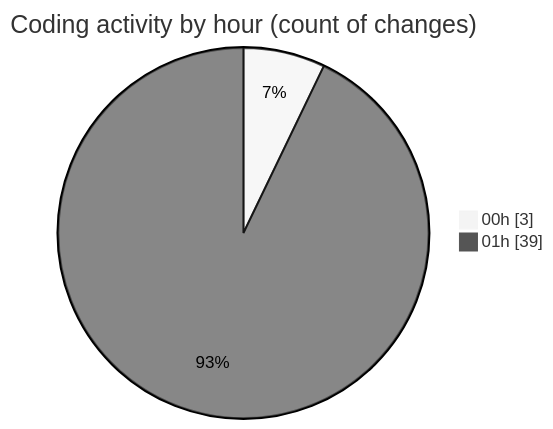
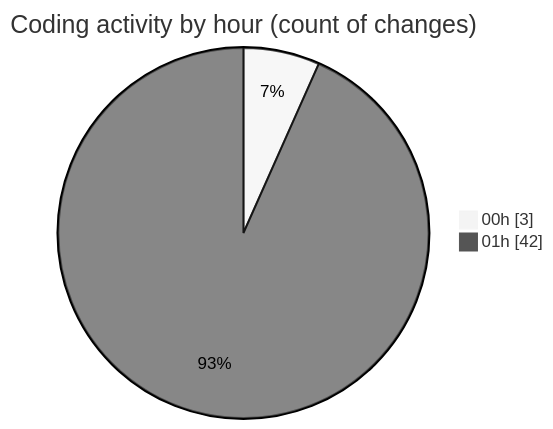
Before and after one commit to mevix1/code-tracking: the second of 2 diagrams in 2025-10-02/oura-api/README.md, drawn with Mermaid (neutral theme). The commit also changed other lines of this file and 1 other file, not shown here.

````diff
--- a/2025-10-02/oura-api/README.md
+++ b/2025-10-02/oura-api/README.md
@@ -67,6 +68,6 @@
 ```mermaid
 pie showData
 title Coding activity by hour (count of changes)
 "00h" : 3
-"01h" : 39
+"01h" : 42
 ```
````
